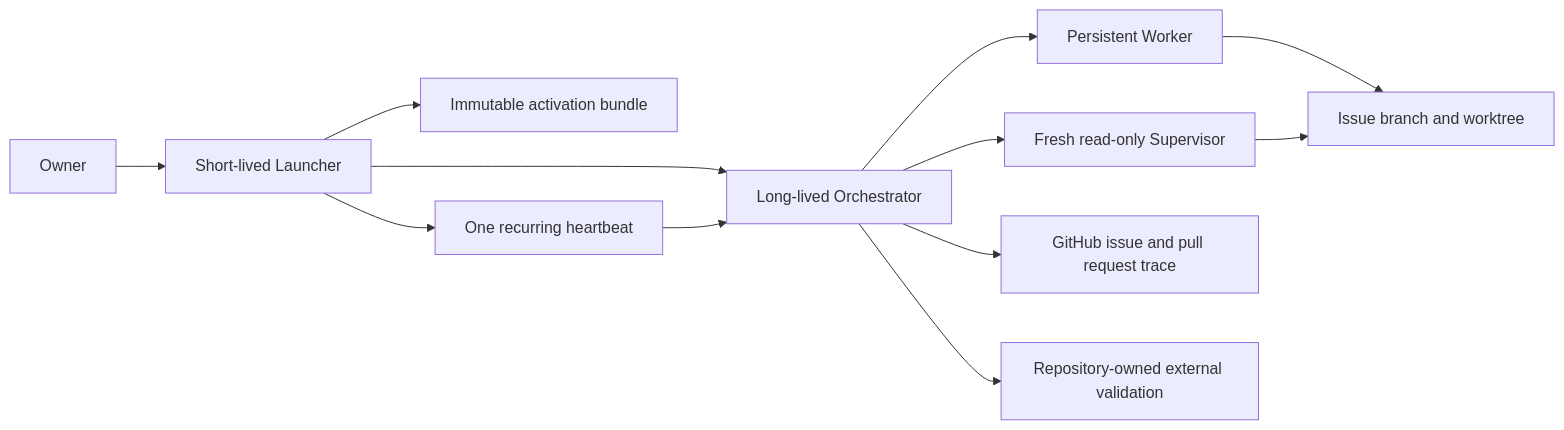
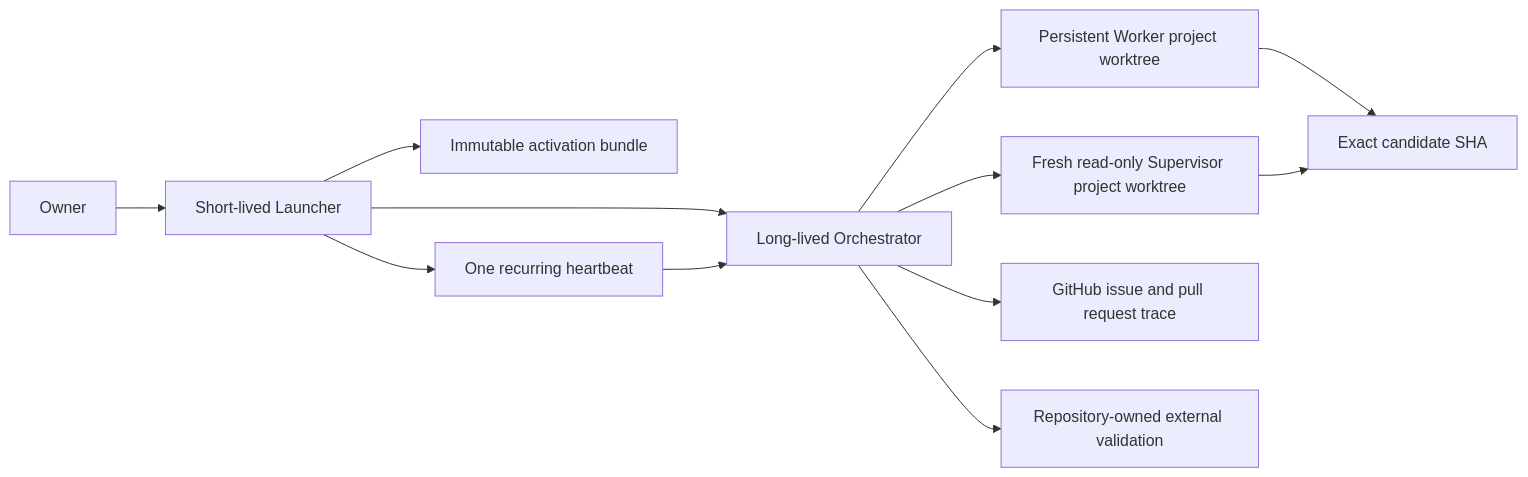
The first of 2 diagrams in README.md (ythdelmar68/roundlet), drawn with Mermaid before and after one commit. The commit also changed other lines of this file and 4 other files, not shown here.

````diff
--- a/README.md
+++ b/README.md
@@ -19,14 +19,14 @@
 ```mermaid
 flowchart LR
     O["Owner"] --> L["Short-lived Launcher"]
     L --> C["Immutable activation bundle"]
     L --> R["Long-lived Orchestrator"]
     L --> H["One recurring heartbeat"]
     H --> R
-    R --> W["Persistent Worker"]
-    R --> S["Fresh read-only Supervisor"]
-    W --> G["Issue branch and worktree"]
-    S --> G
+    R --> W["Persistent Worker project worktree"]
+    R --> S["Fresh read-only Supervisor project worktree"]
+    W --> X["Exact candidate SHA"]
+    S --> X
     R --> GH["GitHub issue and pull request trace"]
     R --> EV["Repository-owned external validation"]
 ```
````
